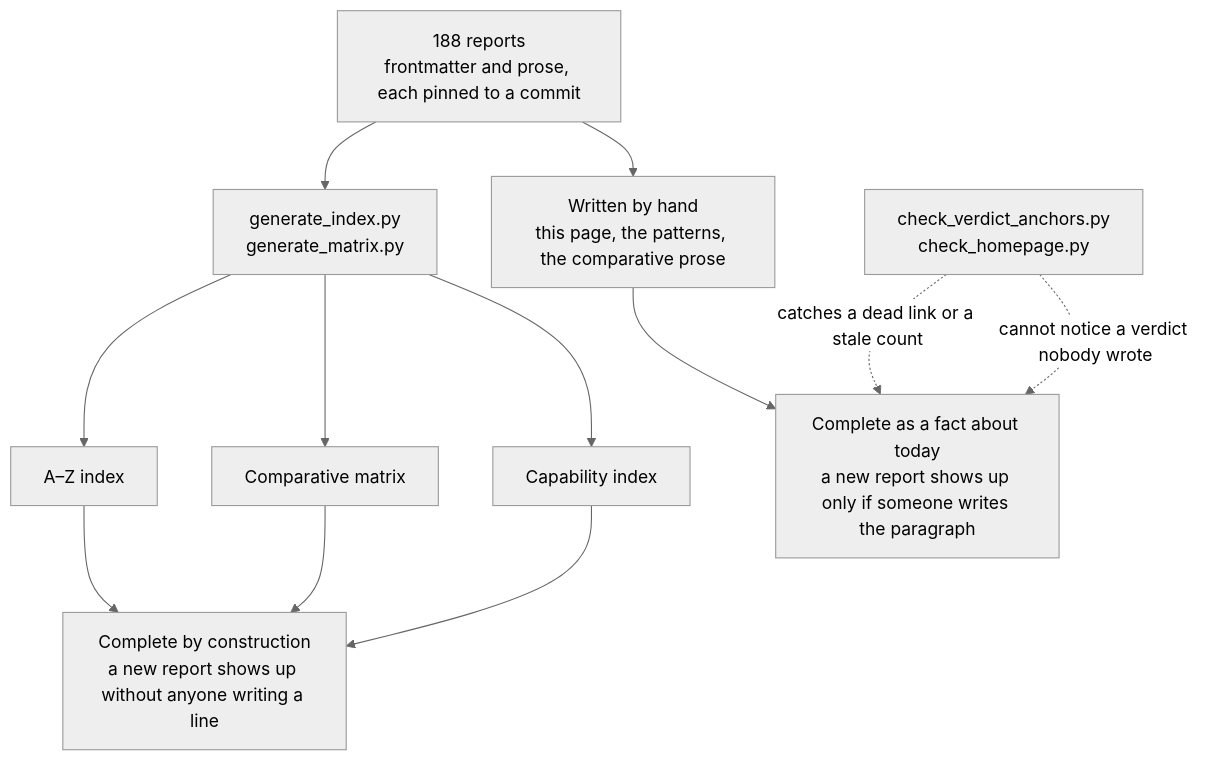
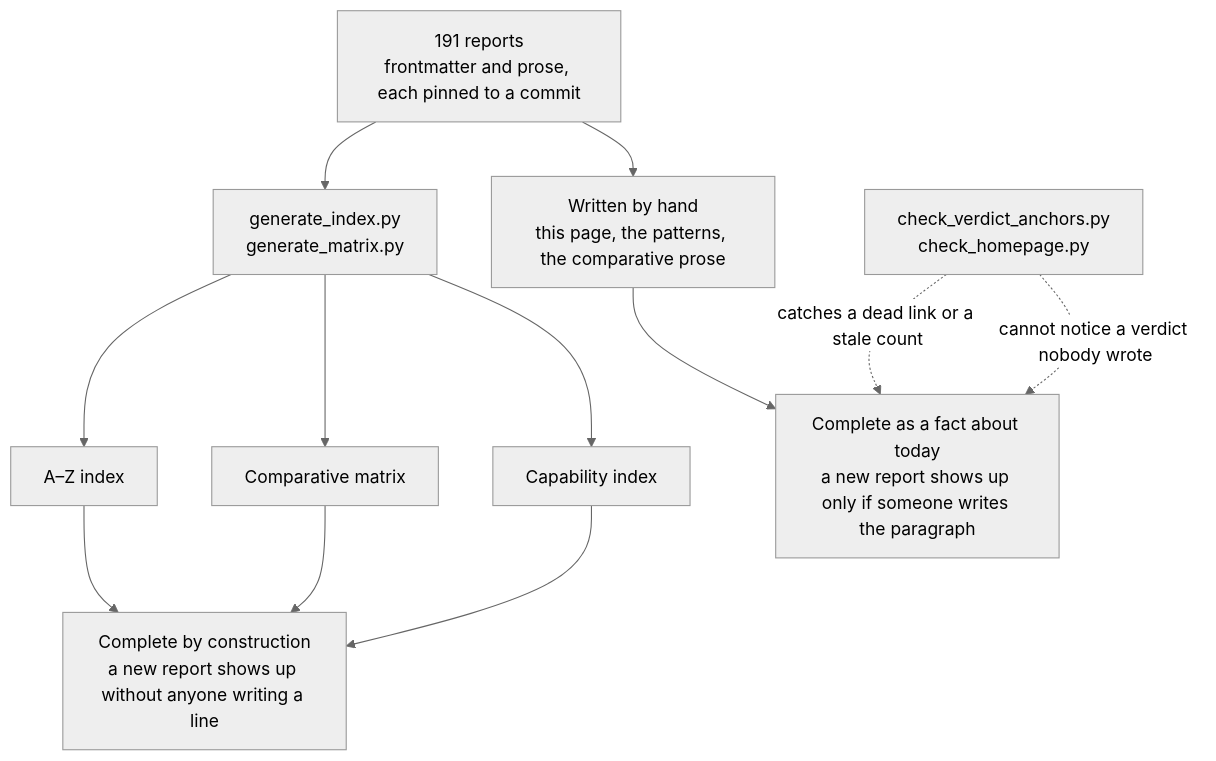
One commit to neoneye/agent-memory-atlas changed the diagram in content/verdicts.md. Above: the diagram before and after it, drawn with Mermaid (neutral theme). The commit also changed other lines of this file and 214 other files, not shown here.

````diff
--- a/content/verdicts.md
+++ b/content/verdicts.md
@@ -40,15 +40,15 @@
 ```mermaid
 flowchart TD
-    R["188 reports<br/>frontmatter and prose, each pinned to a commit"]
+    R["191 reports<br/>frontmatter and prose, each pinned to a commit"]
     R --> GEN["generate_index.py<br/>generate_matrix.py"]
     R --> HAND["Written by hand<br/>this page, the patterns, the comparative prose"]
     GEN --> AZ["A–Z index"]
     GEN --> MX["Comparative matrix"]
     GEN --> CI["Capability index"]
     AZ --> CONST["Complete by construction<br/>a new report shows up without anyone writing a line"]
     MX --> CONST
     CI --> CONST
     HAND --> TODAY["Complete as a fact about today<br/>a new report shows up only if someone writes the paragraph"]
     CHK["check_verdict_anchors.py<br/>check_homepage.py"] -.->|"catches a dead link or a stale count"| TODAY
     CHK -.->|"cannot notice a verdict nobody wrote"| TODAY
 ```
````
